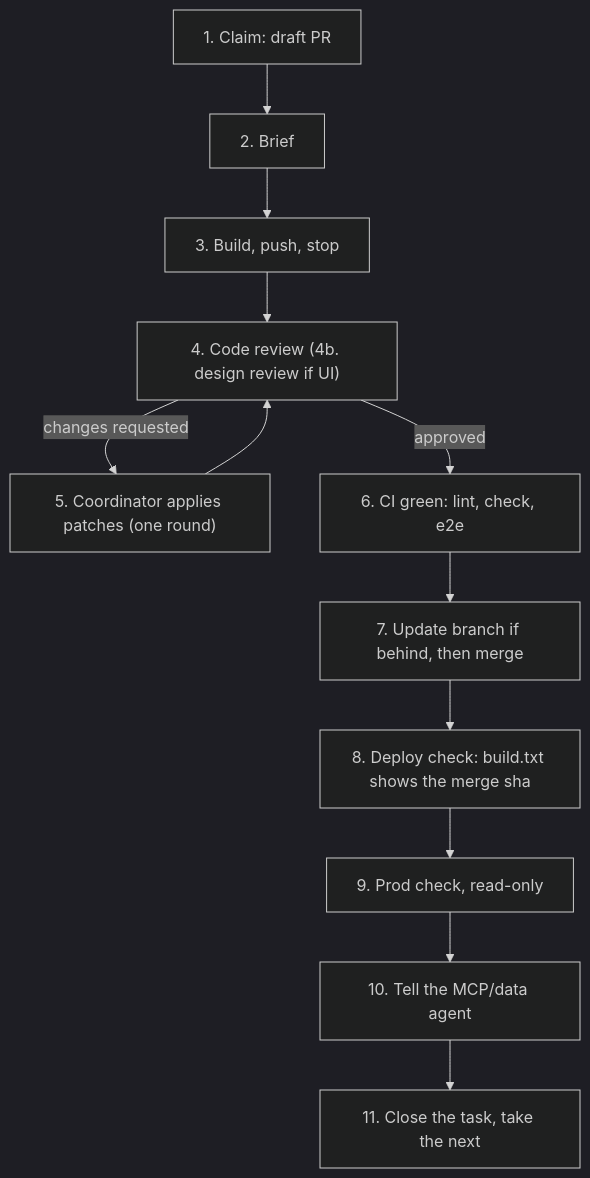
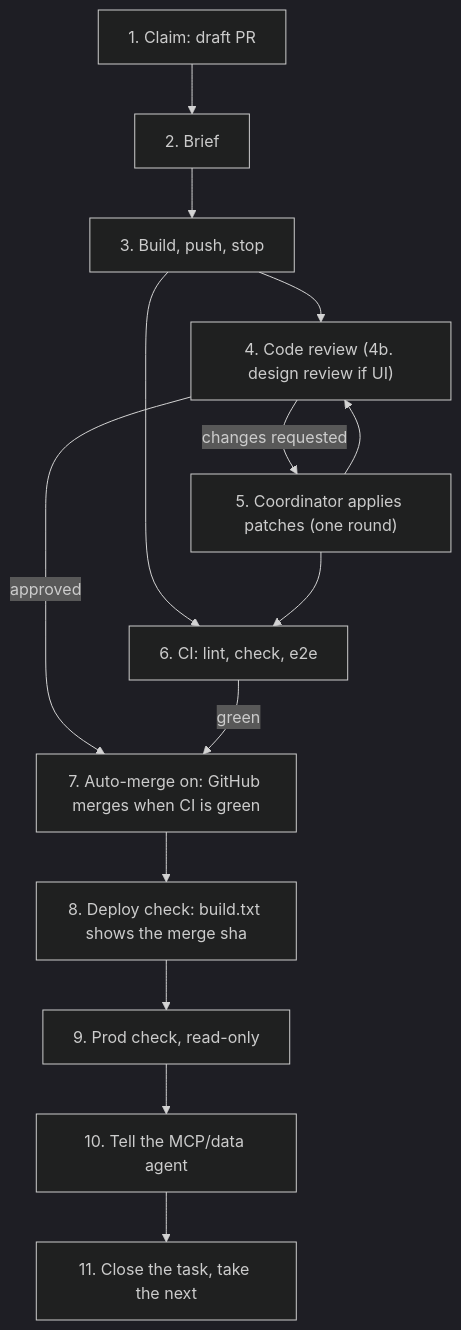
One commit to eliranRP/Flow changed the diagram in docs/backlog/README.md. Above: the diagram before and after it, drawn with Mermaid (dark theme). The commit also changed other lines of this file and 1 other file, not shown here.

First line of the commit message:
FLOW-813: review alongside CI, then auto-merge

````diff
--- a/docs/backlog/README.md
+++ b/docs/backlog/README.md
@@ -40,14 +40,16 @@
 ```mermaid
 flowchart TD
   A["1. Claim: draft PR"] --> B["2. Brief"]
   B --> C["3. Build, push, stop"]
   C --> D["4. Code review (4b. design review if UI)"]
+  C --> F["6. CI: lint, check, e2e"]
   D -->|"changes requested"| E["5. Coordinator applies patches (one round)"]
   E --> D
-  D -->|"approved"| F["6. CI green: lint, check, e2e"]
-  F --> G["7. Update branch if behind, then merge"]
+  E --> F
+  D -->|"approved"| G["7. Auto-merge on: GitHub merges when CI is green"]
+  F -->|"green"| G
   G --> H["8. Deploy check: build.txt shows the merge sha"]
   H --> I["9. Prod check, read-only"]
   I --> J["10. Tell the MCP/data agent"]
   J --> K["11. Close the task, take the next"]
 ```
````
